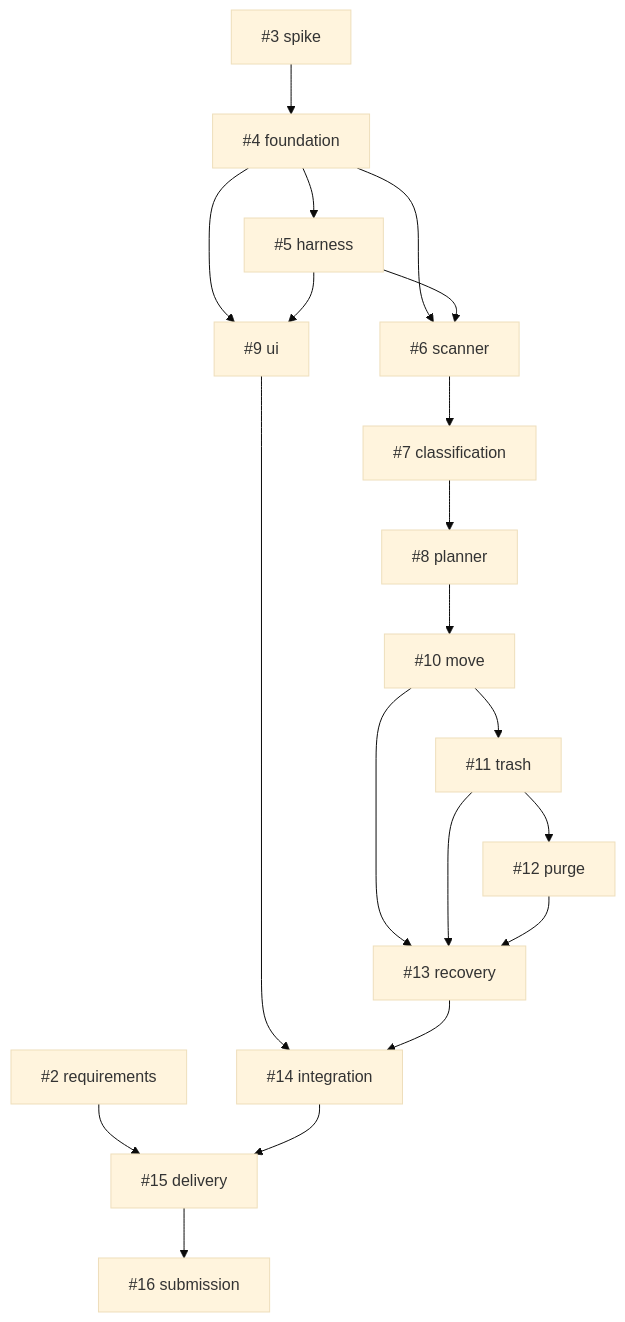
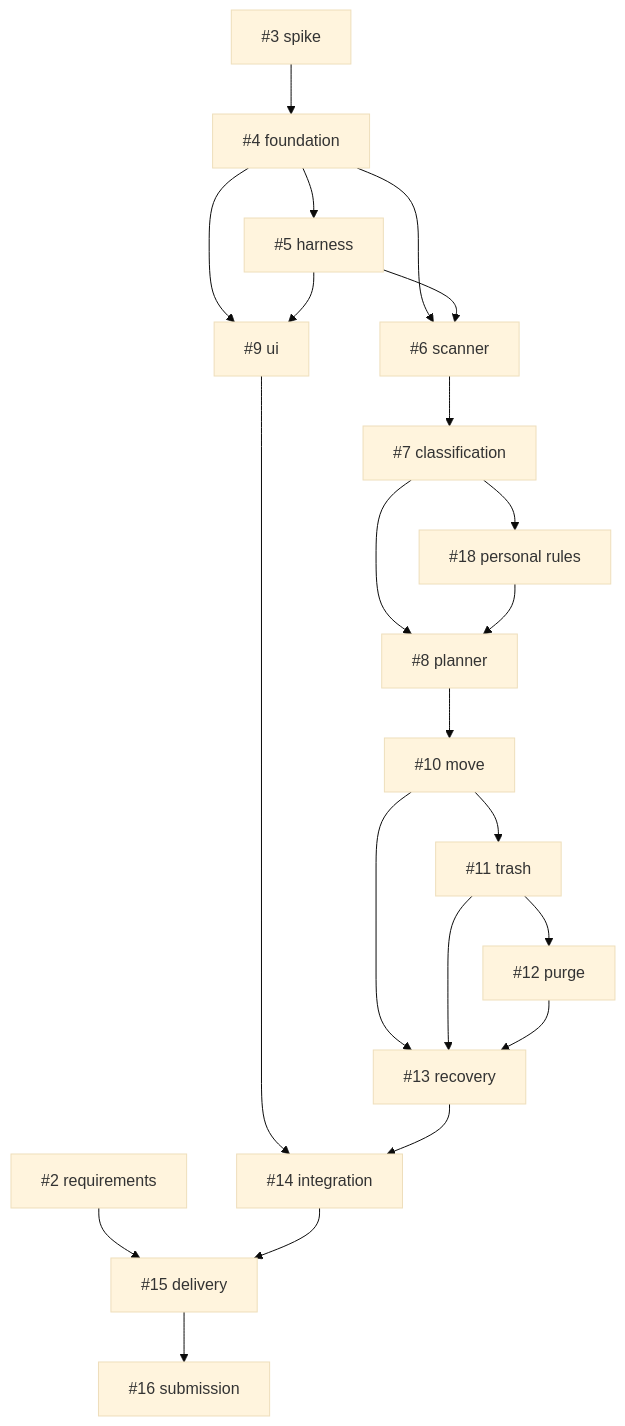
One commit to fakeminjun7321/AFO changed the diagram in docs/BACKLOG.md. Above: the diagram before and after it, drawn with Mermaid (base theme). The commit also changed other lines of this file and 6 other files, not shown here.

````diff
--- a/docs/BACKLOG.md
+++ b/docs/BACKLOG.md
@@ -37,37 +38,40 @@
 ```mermaid
 flowchart TD
   n2["#2 requirements"]
   n3["#3 spike"]
   n4["#4 foundation"]
   n5["#5 harness"]
   n6["#6 scanner"]
   n7["#7 classification"]
+  n18["#18 personal rules"]
   n8["#8 planner"]
   n9["#9 ui"]
   n10["#10 move"]
   n11["#11 trash"]
   n12["#12 purge"]
   n13["#13 recovery"]
   n14["#14 integration"]
   n15["#15 delivery"]
   n16["#16 submission"]
   n3 --> n4
   n4 --> n5
   n4 --> n6
   n5 --> n6
   n6 --> n7
   n7 --> n8
+  n7 --> n18
+  n18 --> n8
   n4 --> n9
   n5 --> n9
   n8 --> n10
   n10 --> n11
   n11 --> n12
   n10 --> n13
   n11 --> n13
   n12 --> n13
   n9 --> n14
   n13 --> n14
   n2 --> n15
   n14 --> n15
   n15 --> n16
 ```
````
